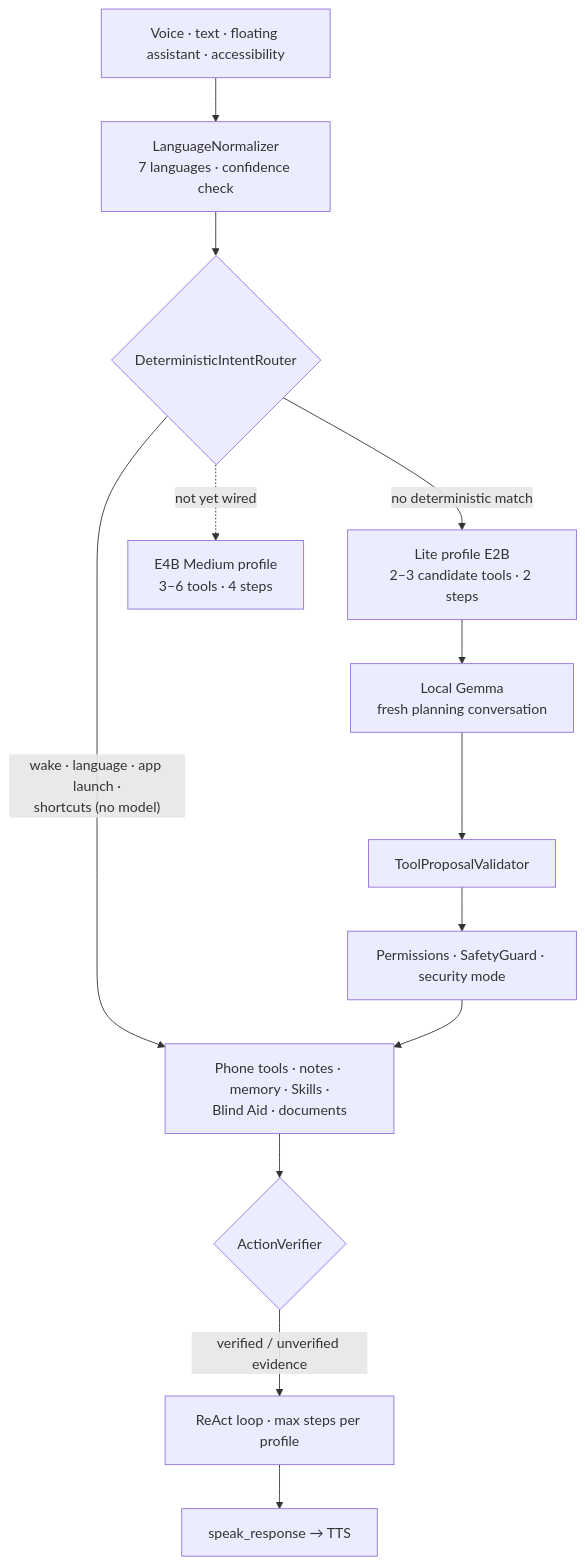
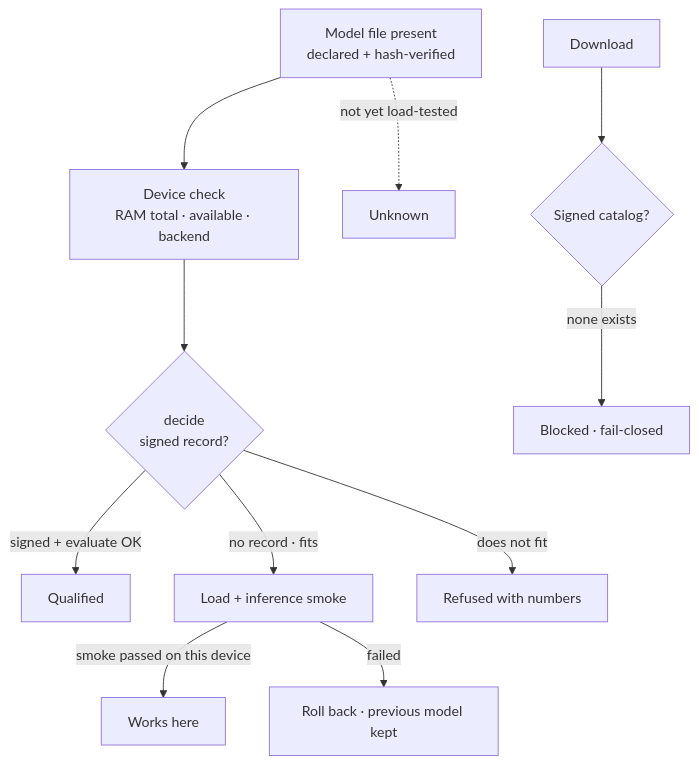
The third of 4 diagrams in README.md (inbharatai/PAI.V2), drawn with Mermaid before and after one commit. The commit also changed other lines of this file and 680 other files, not shown here.

````diff
--- a/README.md
+++ b/README.md
@@ -177,15 +97,13 @@
 ```mermaid
 flowchart TB
-    IN["Voice · text · floating assistant · accessibility"] --> NORM["LanguageNormalizer<br/>7 languages · confidence check"]
-    NORM --> ROUTER{"DeterministicIntentRouter"}
-    ROUTER -->|"wake · language · app launch ·<br/>shortcuts (no model)"| EXEC
-    ROUTER -->|"no deterministic match"| TIER["Lite profile E2B<br/>2–3 candidate tools · 2 steps"]
-    ROUTER -.->|"not yet wired"| E4B["E4B Medium profile<br/>3–6 tools · 4 steps"]
-    TIER --> GEMMA["Local Gemma<br/>fresh planning conversation"]
-    GEMMA --> VALID["ToolProposalValidator"]
-    VALID --> GUARD["Permissions · SafetyGuard · security mode"]
-    GUARD --> EXEC["Phone tools · notes · memory · Skills ·<br/>Blind Aid · documents"]
-    EXEC --> VERIFY{"ActionVerifier"}
-    VERIFY -->|"verified / unverified evidence"| LOOP["ReAct loop · max steps per profile"]
-    LOOP --> SPEAK["speak_response → TTS"]
+    FILE["Model file present<br/>declared + hash-verified"] --> PROBE["Device check<br/>RAM total · available · backend"]
+    PROBE --> DECIDE{"decide<br/>signed record?"}
+    DECIDE -->|"signed + evaluate OK"| QUAL["Qualified"]
+    DECIDE -->|"no record · fits"| LOAD["Load + inference smoke"]
+    DECIDE -->|"does not fit"| REFUSE["Refused with numbers"]
+    LOAD -->|"smoke passed on this device"| WORKS["Works here"]
+    LOAD -->|"failed"| ROLL["Roll back · previous model kept"]
+    FILE -.->|"not yet load-tested"| UNKNOWN["Unknown"]
+    DL["Download"] --> CAT{"Signed catalog?"}
+    CAT -->|"none exists"| BLOCKED["Blocked · fail-closed"]
 ```
````
